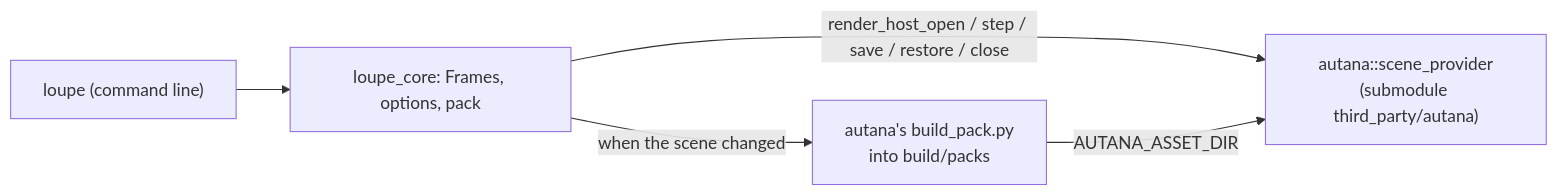
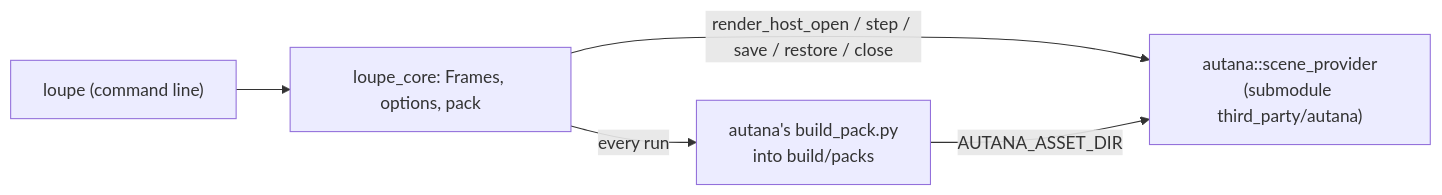
Before and after one commit to jose-villegas/loupe: the diagram in README.md, drawn with Mermaid. The commit also changed other lines of this file and 11 other files, not shown here.

First line of the commit message:
Review round 1: no copied defaults or pack stamp, shell-free build_pack, opt-in checkpoints

````diff
--- a/README.md
+++ b/README.md
@@ -8,7 +8,7 @@
 ```mermaid
 flowchart LR
   cli["loupe (command line)"] --> core["loupe_core: Frames, options, pack"]
   core -- "render_host_open / step / save / restore / close" --> autana["autana::scene_provider<br/>(submodule third_party/autana)"]
-  core -- "when the scene changed" --> pack["autana's build_pack.py<br/>into build/packs"]
+  core -- "every run" --> pack["autana's build_pack.py<br/>into build/packs"]
   pack -- "AUTANA_ASSET_DIR" --> autana
 ```
````
